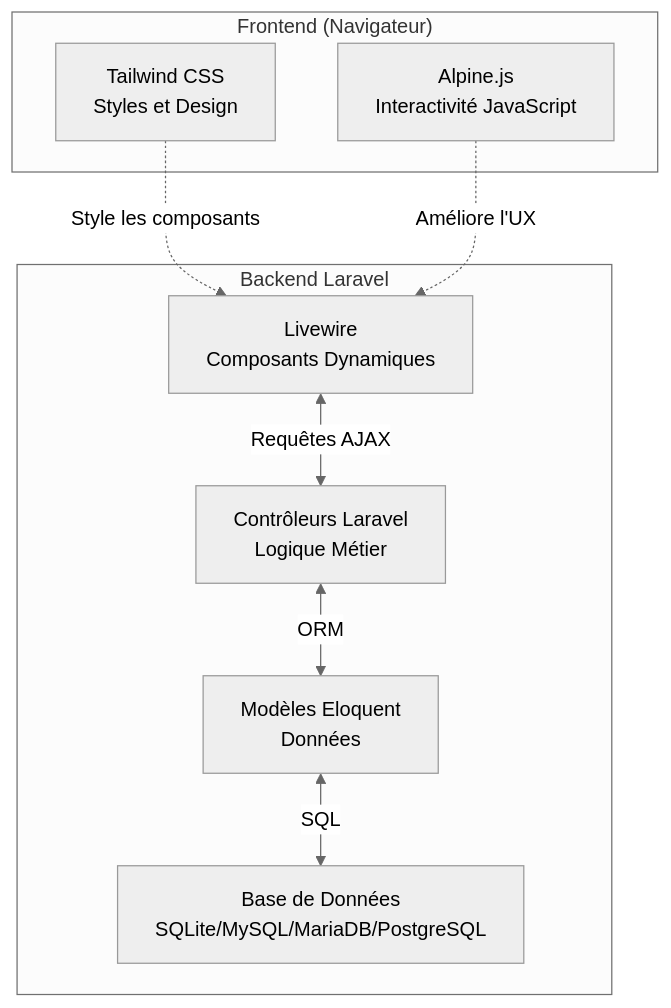
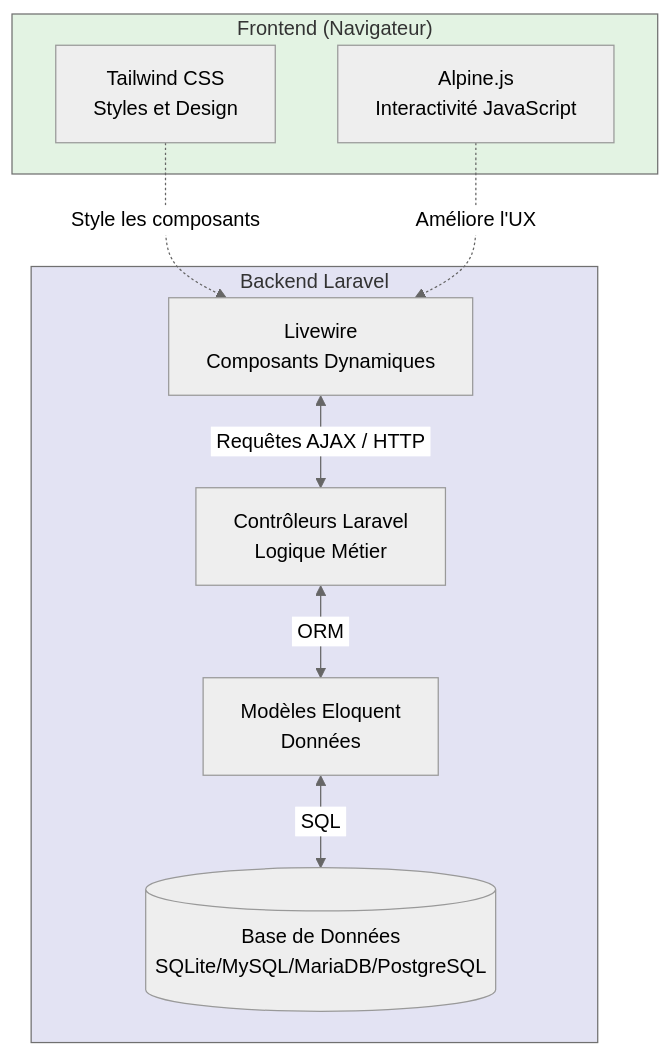
Before and after one commit to zyrass/omnyforge: the first of 3 diagrams in docs/dev-cloud/stacks/tall/presentation.mdx, drawn with Mermaid. The commit also changed other lines of this file, not shown here.

````diff
--- a/docs/dev-cloud/stacks/tall/presentation.mdx
+++ b/docs/dev-cloud/stacks/tall/presentation.mdx
@@ -221,24 +233,27 @@
 ```mermaid
 ---
 config:
   theme: 'neutral'
 ---
 graph TB
-  subgraph "Frontend (Navigateur)"
+  subgraph Frontend["Frontend (Navigateur)"]
   A[Tailwind CSS<br/>Styles et Design]
   B[Alpine.js<br/>Interactivité JavaScript]
   end
 
-  subgraph "Backend Laravel"
+  subgraph Backend["Backend Laravel"]
       C[Livewire<br/>Composants Dynamiques]
       D[Contrôleurs Laravel<br/>Logique Métier]
       E[Modèles Eloquent<br/>Données]
-      F[Base de Données<br/>SQLite/MySQL/MariaDB/PostgreSQL]
+      F[(Base de Données<br/>SQLite/MySQL/MariaDB/PostgreSQL)]
   end
 
-  A -.->|Style les composants| C
-  B -.->|Améliore l'UX| C
-  C <-->|Requêtes AJAX| D
-  D <-->|ORM| E
-  E <-->|SQL| F
+  A -.->|&nbsp;Style les composants&nbsp;| C
+  B -.->|&nbsp;Améliore l'UX&nbsp;| C
+  C <-->|&nbsp;Requêtes AJAX / HTTP&nbsp;| D
+  D <-->|&nbsp;ORM&nbsp;| E
+  E <-->|&nbsp;SQL&nbsp;| F
+
+  style Frontend fill:#e3f3e3
+  style Backend fill:#e3e3f3
 ```
````
